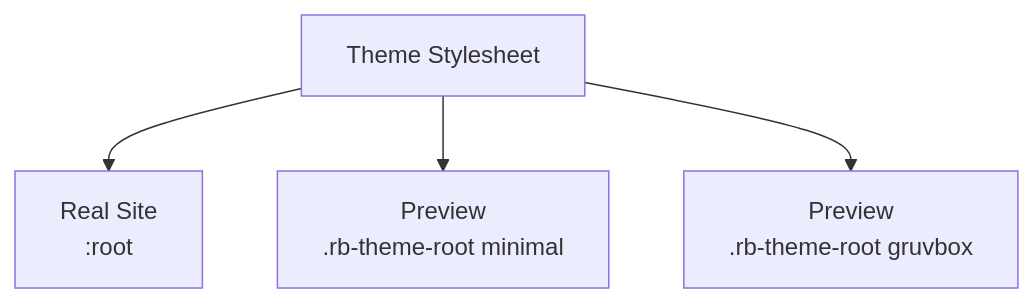
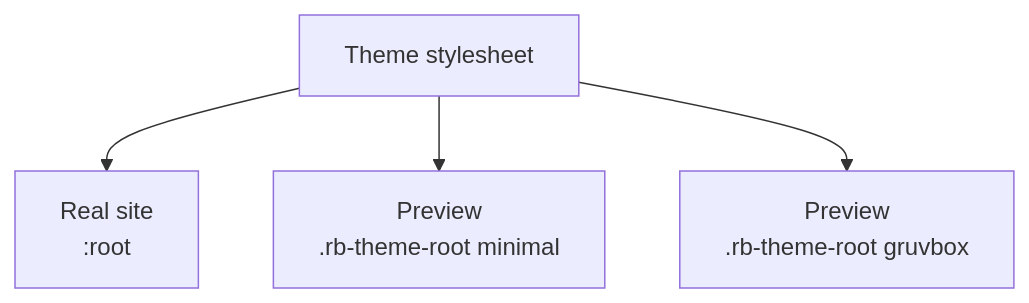
Before and after one commit to Rerurate514/riebeckite: the fifth of 10 diagrams in docs/docs/reference/theme-api.md, drawn with Mermaid. The commit also changed other lines of this file and 604 other files, not shown here.

````diff
--- a/docs/docs/reference/theme-api.md
+++ b/docs/docs/reference/theme-api.md
@@ -399,8 +212,8 @@
-```mermaid id="vmzpsr"
+```mermaid
 flowchart TD
-    CSS["Theme Stylesheet"]
+    CSS["Theme stylesheet"]
 
-    CSS --> Site["Real Site<br/>:root"]
+    CSS --> Site["Real site<br/>:root"]
     CSS --> PreviewA["Preview<br/>.rb-theme-root minimal"]
     CSS --> PreviewB["Preview<br/>.rb-theme-root gruvbox"]
 ```
````
